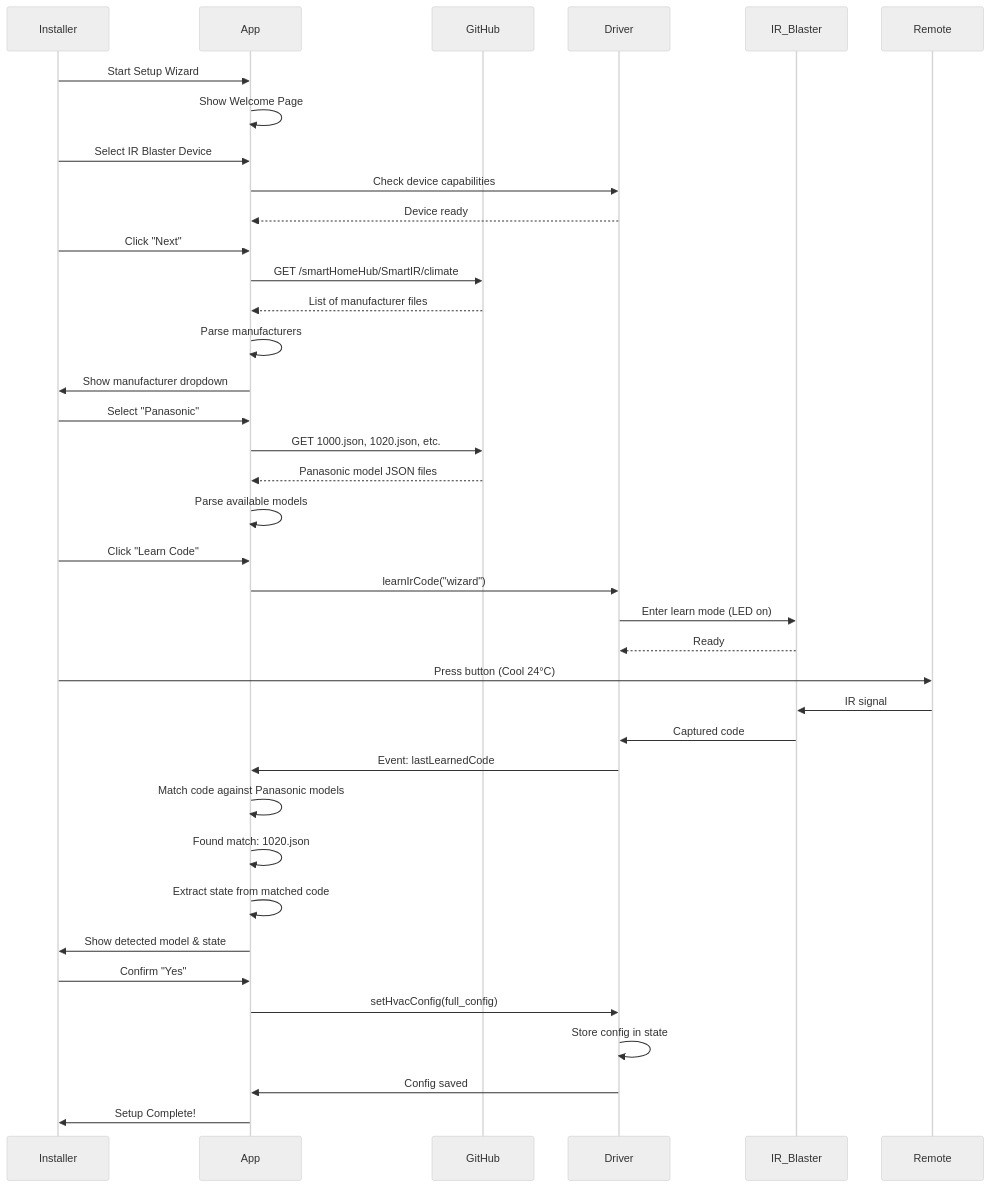
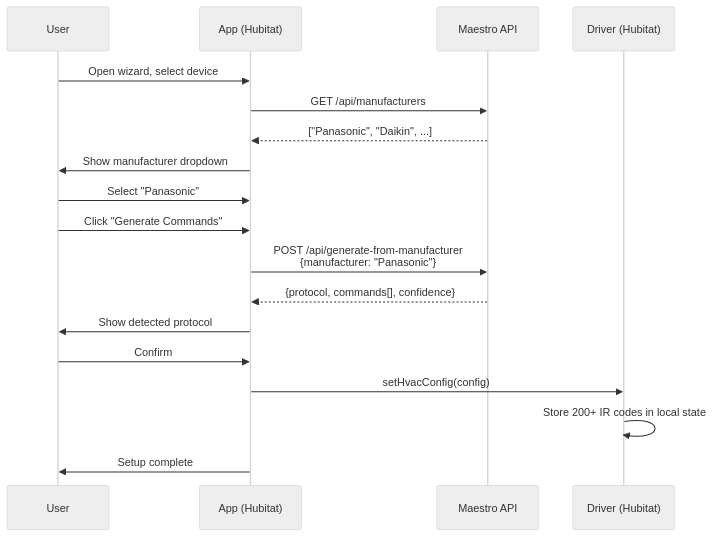
One commit to lastmyle/hubitat-tuya-zigbee-ir changed the fifth of 8 diagrams in ARCHITECTURE.md. Above: the diagram before and after it, drawn with Mermaid (neutral theme). The commit also changed other lines of this file and 2 other files, not shown here.

First line of the commit message:
docs: rewrite README, ARCHITECTURE, and SECURITY documentation

````diff
--- a/ARCHITECTURE.md
+++ b/ARCHITECTURE.md
@@ -180,48 +155,23 @@
 ```mermaid
 sequenceDiagram
-    participant Installer
-    participant App
-    participant GitHub
-    participant Driver
-    participant IR_Blaster
-    participant Remote
+    participant U as User
+    participant A as App (Hubitat)
+    participant M as Maestro API
+    participant D as Driver (Hubitat)
 
-    Installer->>App: Start Setup Wizard
-    App->>App: Show Welcome Page
+    U->>A: Open wizard, select device
+    A->>M: GET /api/manufacturers
+    M-->>A: ["Panasonic", "Daikin", ...]
+    A->>U: Show manufacturer dropdown
 
-    Installer->>App: Select IR Blaster Device
-    App->>Driver: Check device capabilities
-    Driver-->>App: Device ready
+    U->>A: Select "Panasonic"
+    U->>A: Click "Generate Commands"
+    A->>M: POST /api/generate-from-manufacturer<br/>{manufacturer: "Panasonic"}
+    M-->>A: {protocol, commands[], confidence}
 
-    Installer->>App: Click "Next"
-    App->>GitHub: GET /smartHomeHub/SmartIR/climate
-    GitHub-->>App: List of manufacturer files
-    App->>App: Parse manufacturers
-    App->>Installer: Show manufacturer dropdown
-
-    Installer->>App: Select "Panasonic"
-    App->>GitHub: GET 1000.json, 1020.json, etc.
-    GitHub-->>App: Panasonic model JSON files
-    App->>App: Parse available models
-
-    Installer->>App: Click "Learn Code"
-    App->>Driver: learnIrCode("wizard")
-    Driver->>IR_Blaster: Enter learn mode (LED on)
-    IR_Blaster-->>Driver: Ready
-
-    Installer->>Remote: Press button (Cool 24°C)
-    Remote->>IR_Blaster: IR signal
-    IR_Blaster->>Driver: Captured code
-    Driver->>App: Event: lastLearnedCode
-
-    App->>App: Match code against Panasonic models
-    App->>App: Found match: 1020.json
-    App->>App: Extract state from matched code
-    App->>Installer: Show detected model & state
-
-    Installer->>App: Confirm "Yes"
-    App->>Driver: setHvacConfig(full_config)
-    Driver->>Driver: Store config in state
-    Driver->>App: Config saved
-    App->>Installer: Setup Complete!
+    A->>U: Show detected protocol
+    U->>A: Confirm
+    A->>D: setHvacConfig(config)
+    D->>D: Store 200+ IR codes in local state
+    A->>U: Setup complete
 ```
````
